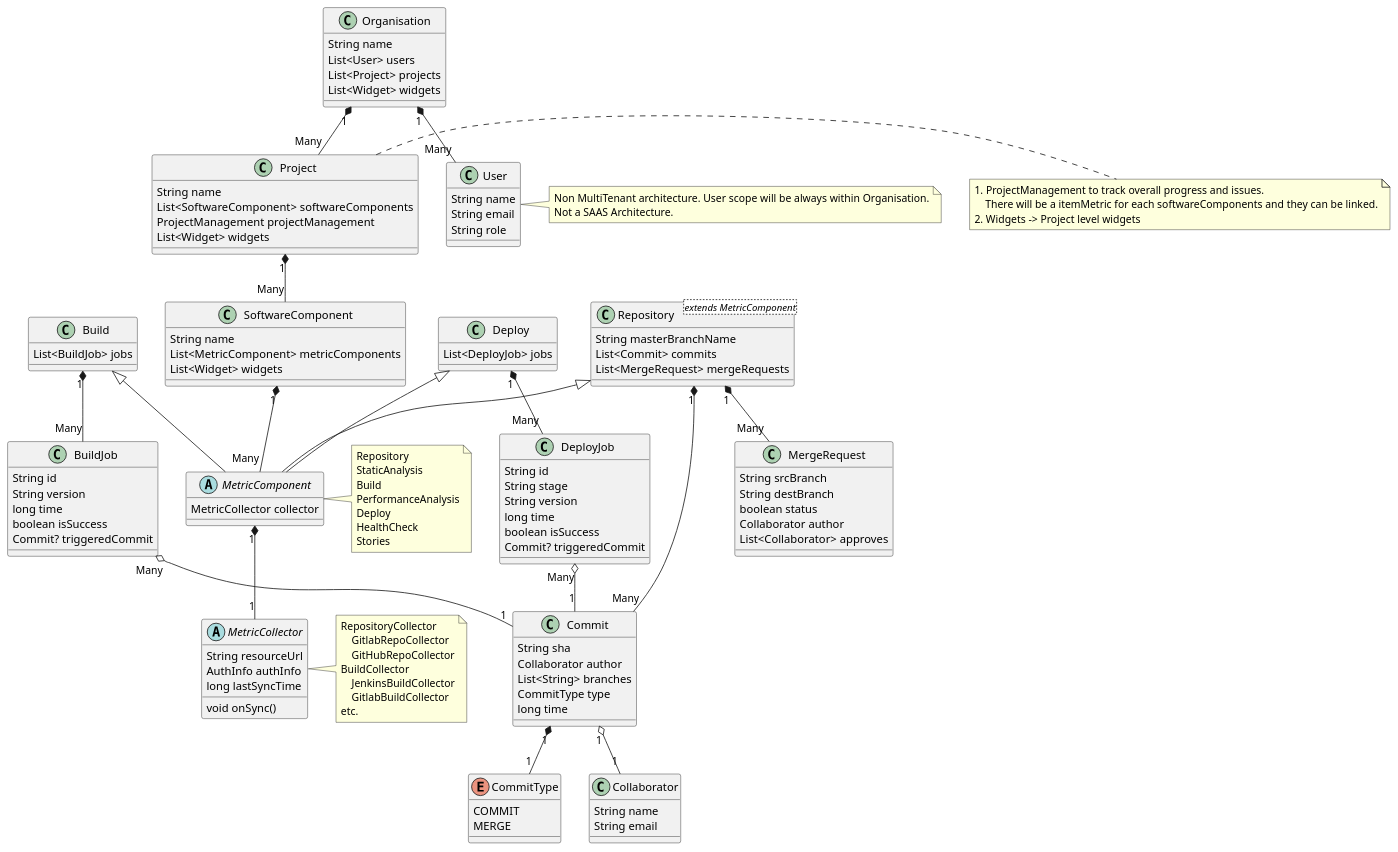
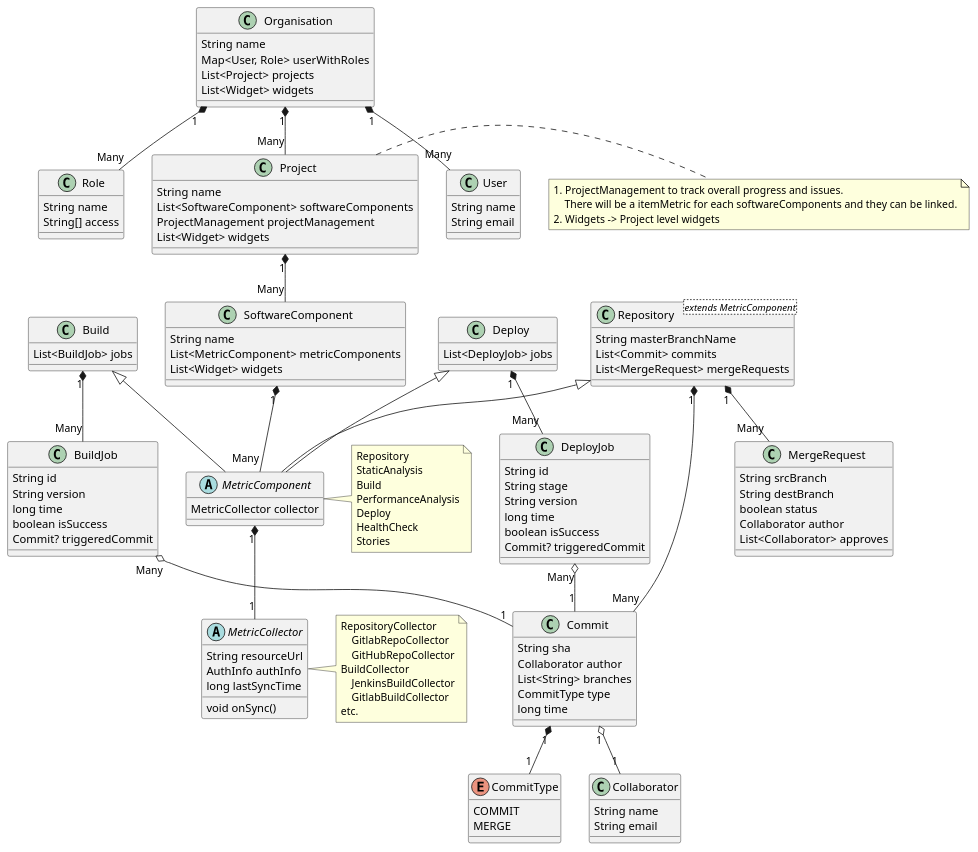
One commit to Hemdaal/Hemdaal changed the diagram in class_diagram.puml. Above: the diagram before and after it, drawn with PlantUML. The commit also changed 32 other files, not shown here.

```diff
--- a/class_diagram.puml
+++ b/class_diagram.puml
@@ -1,159 +1,159 @@
 @startuml
+
+class User {
+    String name
+    String email
+}
 
 class Organisation {
     String name
-    List<User> users
+    Map<User, Role> userWithRoles
     List<Project> projects
     List<Widget> widgets
 }
 
-class User {
+class Role {
     String name
-    String email
-    String role
+    String[] access
 }
 
-note right of User
-    Non MultiTenant architecture. User scope will be always within Organisation.
-    Not a SAAS Architecture.
-end note
-
+Organisation "1" *-- "Many" Role
 Organisation "1" *-- "Many" User
 
 class Project {
     String name
     List<SoftwareComponent> softwareComponents
     ProjectManagement projectManagement
     List<Widget> widgets
 }
 
 Organisation "1" *-- "Many" Project
 
 note right of Project
     1. ProjectManagement to track overall progress and issues.
         There will be a itemMetric for each softwareComponents and they can be linked.
     2. Widgets -> Project level widgets
 end note
 
 class SoftwareComponent {
     String name
     List<MetricComponent> metricComponents
     List<Widget> widgets
 }
 
 Project "1" *-- "Many" SoftwareComponent
 
 abstract class MetricComponent {
     MetricCollector collector
 }
 
 SoftwareComponent "1" *-- "Many" MetricComponent
 
 abstract class MetricCollector {
     String resourceUrl
     AuthInfo authInfo
     long lastSyncTime
 
     void onSync()
 }
 
 note right of MetricCollector
     RepositoryCollector
         GitlabRepoCollector
         GitHubRepoCollector
     BuildCollector
         JenkinsBuildCollector
         GitlabBuildCollector
     etc.
 end note
 
 MetricComponent "1" *-- "1" MetricCollector
 
 note right of MetricComponent
     Repository
     StaticAnalysis
     Build
     PerformanceAnalysis
     Deploy
     HealthCheck
     Stories
 end note
 
 class Repository<extends MetricComponent> {
     String masterBranchName
     List<Commit> commits
     List<MergeRequest> mergeRequests
 }
 
 Repository <|-- MetricComponent
 
 class Commit {
     String sha
     Collaborator author
     List<String> branches
     CommitType type
     long time
 }
 
 Repository "1" *-- "Many" Commit
 
 enum CommitType {
     COMMIT
     MERGE
 }
 
 Commit "1" *-- "1" CommitType
 
 class Collaborator {
     String name
     String email
 }
 
 Commit "1" o-- "1" Collaborator
 
 class MergeRequest {
     String srcBranch
     String destBranch
     boolean status
     Collaborator author
     List<Collaborator> approves
 }
 
 Repository "1" *-- "Many" MergeRequest
 
 class Build {
     List<BuildJob> jobs
 }
 
 Build <|-- MetricComponent
 
 class BuildJob {
     String id
     String version
     long time
     boolean isSuccess
     Commit? triggeredCommit
 }
 
 Build "1" *-- "Many" BuildJob
 BuildJob "Many" o-- "1" Commit
 
 class Deploy {
     List<DeployJob> jobs
 }
 
 Deploy <|-- MetricComponent
 
 class DeployJob {
     String id
     String stage
     String version
     long time
     boolean isSuccess
     Commit? triggeredCommit
 }
 
 Deploy "1" *-- "Many" DeployJob
 DeployJob "Many" o-- "1" Commit
 
 @enduml
```
